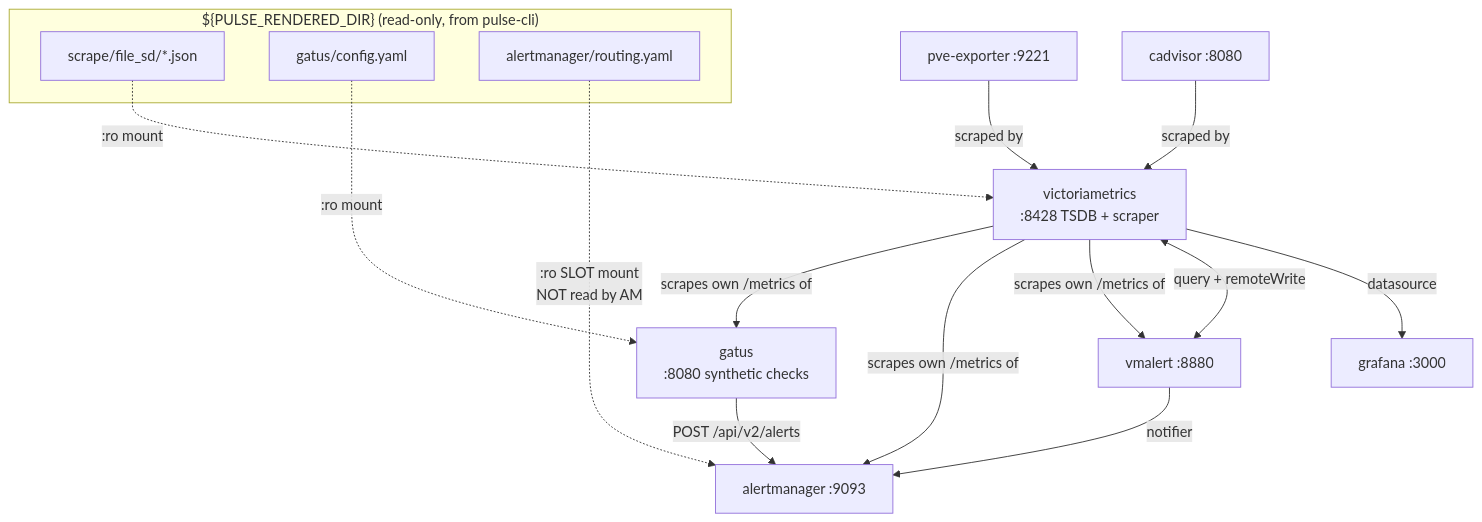
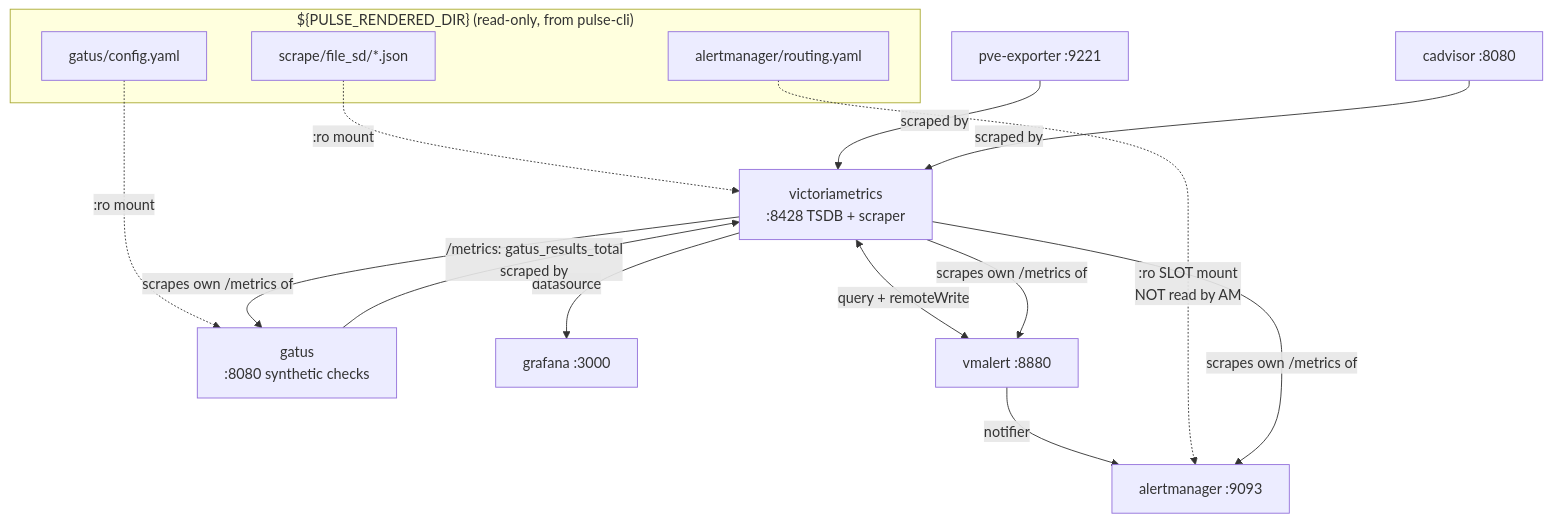
One commit to garygentry/pulse changed the diagram in docs/architecture/stack-core/architecture.md. Above: the diagram before and after it, drawn with Mermaid. The commit also changed other lines of this file and 2 other files, not shown here.

First line of the commit message:
docs: describe GatusCheckFailed semantics as implemented; mark upgrade BREAKING

````diff
--- a/docs/architecture/stack-core/architecture.md
+++ b/docs/architecture/stack-core/architecture.md
@@ -13,21 +13,21 @@
 ```mermaid
 graph TD
   subgraph rendered["${PULSE_RENDERED_DIR} (read-only, from pulse-cli)"]
     R1[scrape/file_sd/*.json]
     R2[gatus/config.yaml]
     R3[alertmanager/routing.yaml]
   end
 
   R1 -.->|:ro mount| VM[victoriametrics<br/>:8428 TSDB + scraper]
   R2 -.->|:ro mount| GA[gatus<br/>:8080 synthetic checks]
 
   VM -->|datasource| GF[grafana :3000]
   VM <-->|query + remoteWrite| VA[vmalert :8880]
   VA -->|notifier| AM[alertmanager :9093]
-  GA -->|POST /api/v2/alerts| AM
+  GA -->|/metrics: gatus_results_total<br/>scraped by| VM
   R3 -.->|:ro SLOT mount<br/>NOT read by AM| AM
 
   PVE[pve-exporter :9221] -->|scraped by| VM
   CAD[cadvisor :8080] -->|scraped by| VM
   VM -->|scrapes own /metrics of| VA & AM & GA
 ```
````
